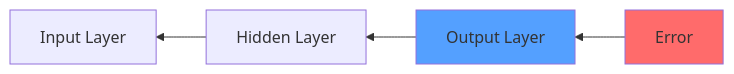
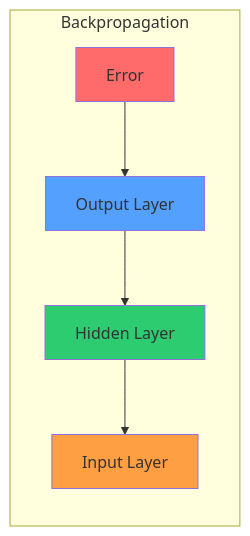
Diagram 11 of 39 in mlp.md (mabreyes/dlsu-lecture-slides), drawn with Mermaid before and after one commit. The commit also changed other lines of this file and 1 other file, not shown here.

````diff
--- a/mlp.md
+++ b/mlp.md
@@ -210,9 +341,13 @@
 ```mermaid
 %%{init: {"theme": "default"}}%%
 flowchart RL
-    A["Error"] --> B["Output Layer"]
-    B --> C["Hidden Layer"]
-    C --> D["Input Layer"]
+    subgraph "Backpropagation"
+        A["Error"] --> B["Output Layer"]
+        B --> C["Hidden Layer"]
+        C --> D["Input Layer"]
+    end
     style A fill:#ff6b6b
     style B fill:#54a0ff
+    style C fill:#2ecc71
+    style D fill:#ff9f43
 ```
````
